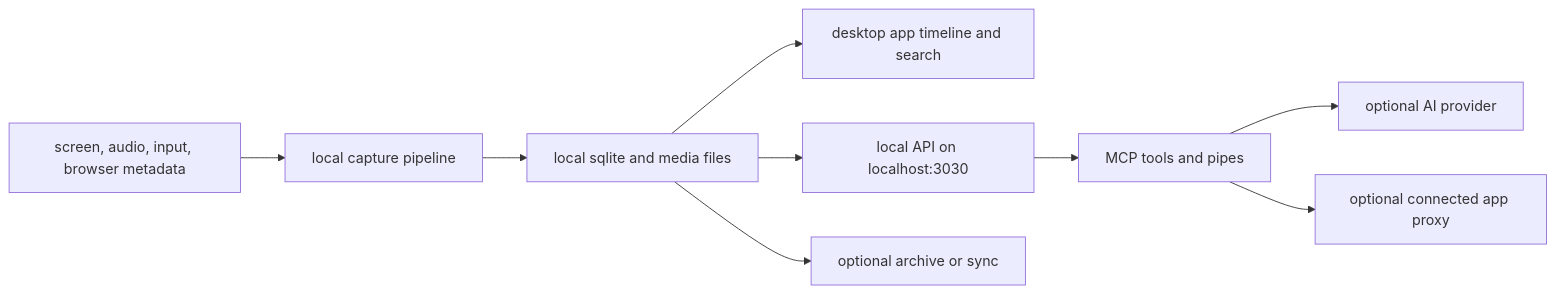
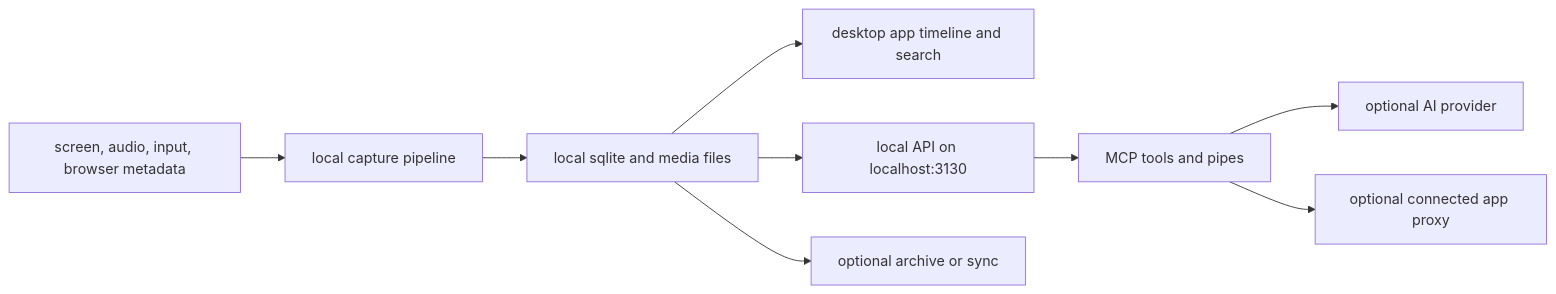
One commit to Samuel-Harris/screen-sentinel changed the diagram in docs/mintlify/docs-mintlify-mig-tmp/privacy-data-flow.mdx. Above: the diagram before and after it, drawn with Mermaid. The commit also changed other lines of this file and 1573 other files, not shown here.

````diff
--- a/docs/mintlify/docs-mintlify-mig-tmp/privacy-data-flow.mdx
+++ b/docs/mintlify/docs-mintlify-mig-tmp/privacy-data-flow.mdx
@@ -16,11 +16,11 @@
 ```mermaid
 flowchart LR
   A["screen, audio, input, browser metadata"] --> B["local capture pipeline"]
   B --> C["local sqlite and media files"]
   C --> D["desktop app timeline and search"]
-  C --> E["local API on localhost:3030"]
+  C --> E["local API on localhost:3130"]
   E --> F["MCP tools and pipes"]
   F --> G["optional AI provider"]
   F --> H["optional connected app proxy"]
   C --> I["optional archive or sync"]
 ```
````
